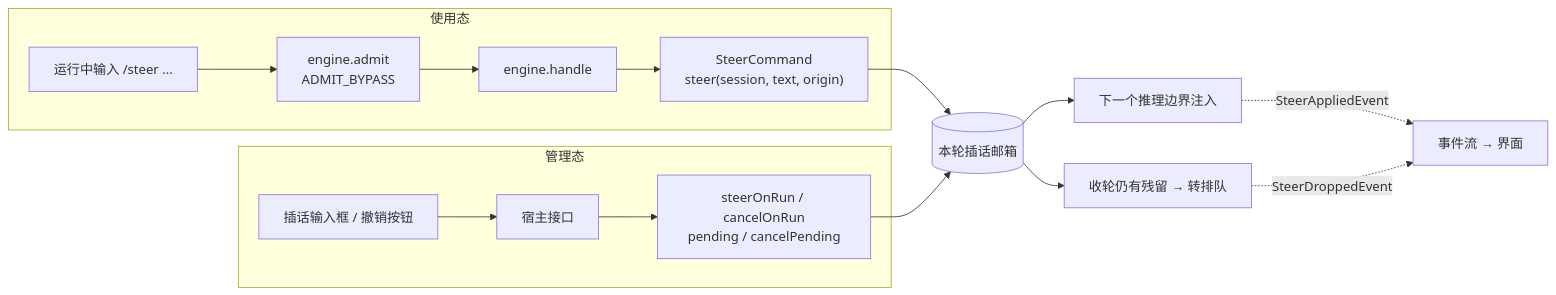
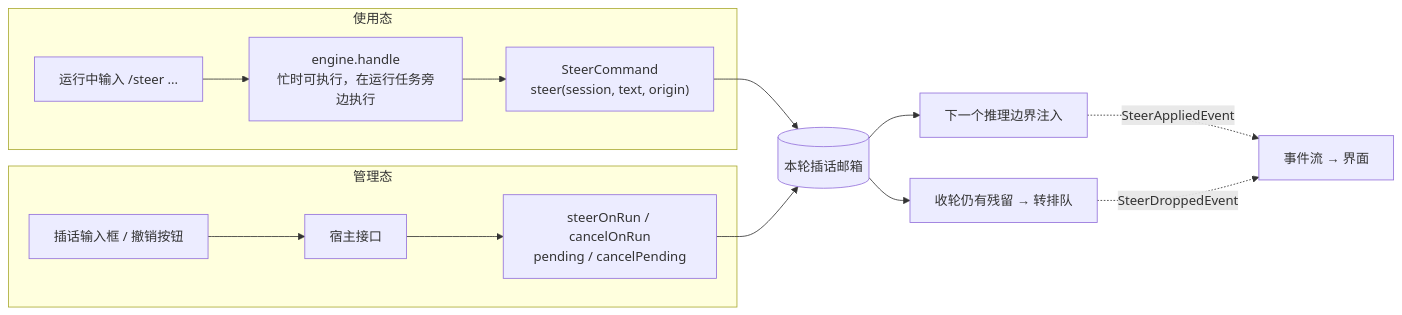
The diagram in solon-ai-harness-steer/README.md (opensolon/solon-ai), drawn with Mermaid before and after one commit. The commit also changed other lines of this file and 33 other files, not shown here.

Commit message:
重构：将受理判定收拢进 handle 第 0 步，占位随请求释放，移除对外 AdmitDecision；InputGate 移至包内；补充受理契约测试

````diff
--- a/solon-ai-harness-steer/README.md
+++ b/solon-ai-harness-steer/README.md
@@ -112,13 +112,13 @@
 ```mermaid
 flowchart LR
     subgraph 使用态
-        U1["运行中输入 /steer ..."] --> A["engine.admit<br/>ADMIT_BYPASS"] --> H["engine.handle"] --> C["SteerCommand<br/>steer(session, text, origin)"]
+        U1["运行中输入 /steer ..."] --> H["engine.handle<br/>忙时可执行，在运行任务旁边执行"] --> C["SteerCommand<br/>steer(session, text, origin)"]
     end
     subgraph 管理态
         U2["插话输入框 / 撤销按钮"] --> API["宿主接口"] --> F["steerOnRun / cancelOnRun<br/>pending / cancelPending"]
     end
     C --> B[("本轮插话邮箱")]
     F --> B
     B --> I["下一个推理边界注入"] -. SteerAppliedEvent .-> V["事件流 → 界面"]
     B --> D["收轮仍有残留 → 转排队"] -. SteerDroppedEvent .-> V
 ```
````
